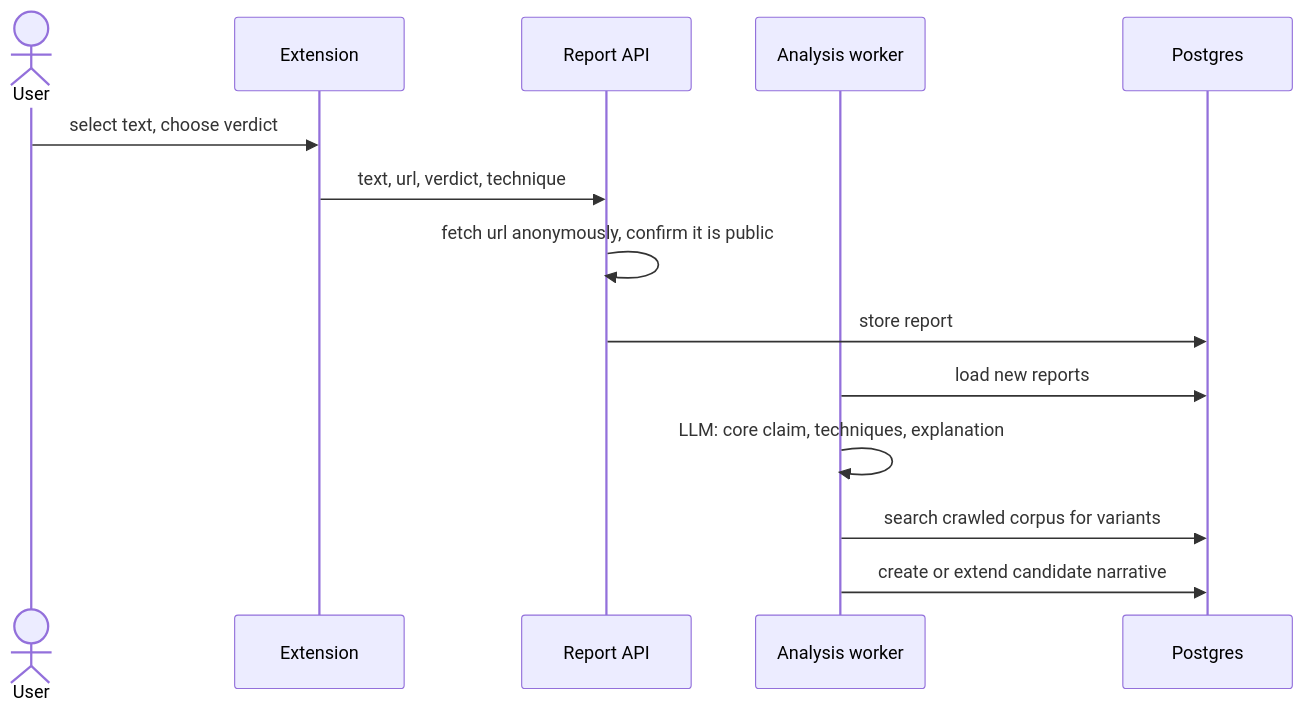
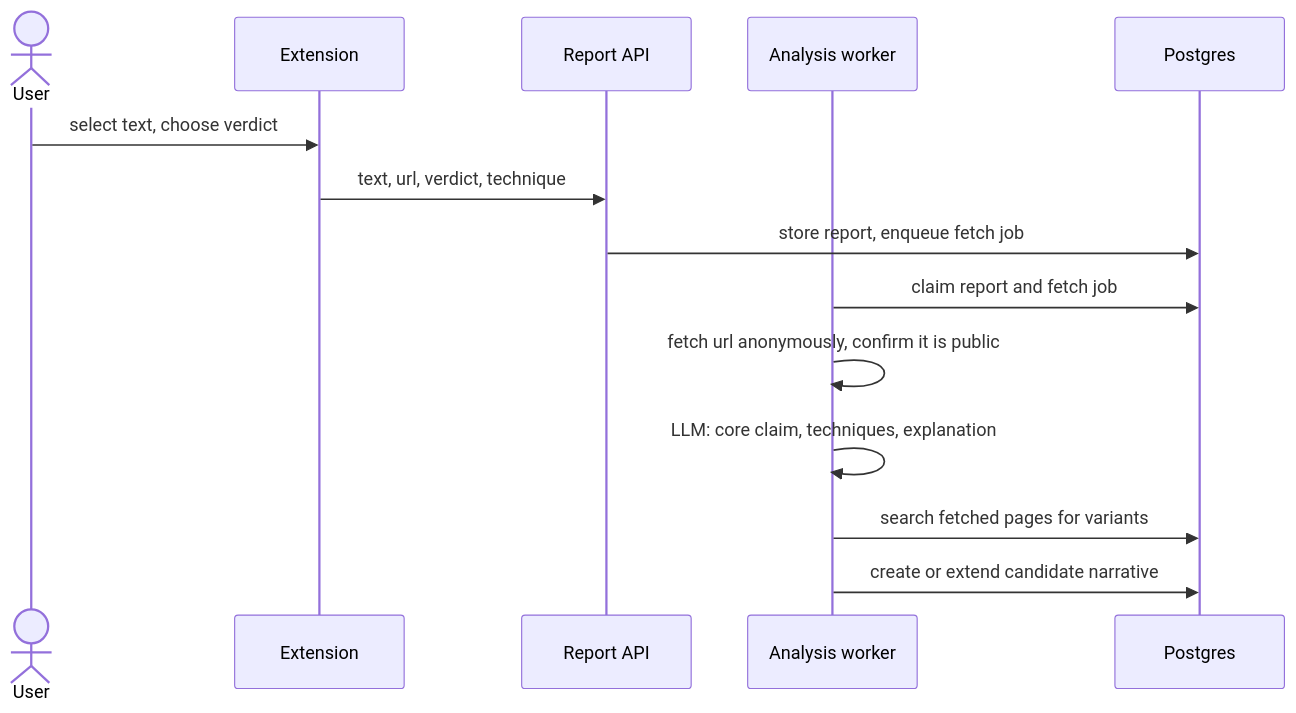
The second of 3 diagrams in docs/architecture.md (nlinnanen/konklaavi), drawn with Mermaid before and after one commit. The commit also changed other lines of this file and 4 other files, not shown here.

````diff
--- a/docs/architecture.md
+++ b/docs/architecture.md
@@ -83,17 +38,17 @@
 ```mermaid
 sequenceDiagram
   actor User
   participant Ext as Extension
   participant API as Report API
   participant A as Analysis worker
   participant DB as Postgres
 
   User->>Ext: select text, choose verdict
   Ext->>API: text, url, verdict, technique
-  API->>API: fetch url anonymously, confirm it is public
-  API->>DB: store report
-  A->>DB: load new reports
+  API->>DB: store report, enqueue fetch job
+  A->>DB: claim report and fetch job
+  A->>A: fetch url anonymously, confirm it is public
   A->>A: LLM: core claim, techniques, explanation
-  A->>DB: search crawled corpus for variants
+  A->>DB: search fetched pages for variants
   A->>DB: create or extend candidate narrative
 ```
````
